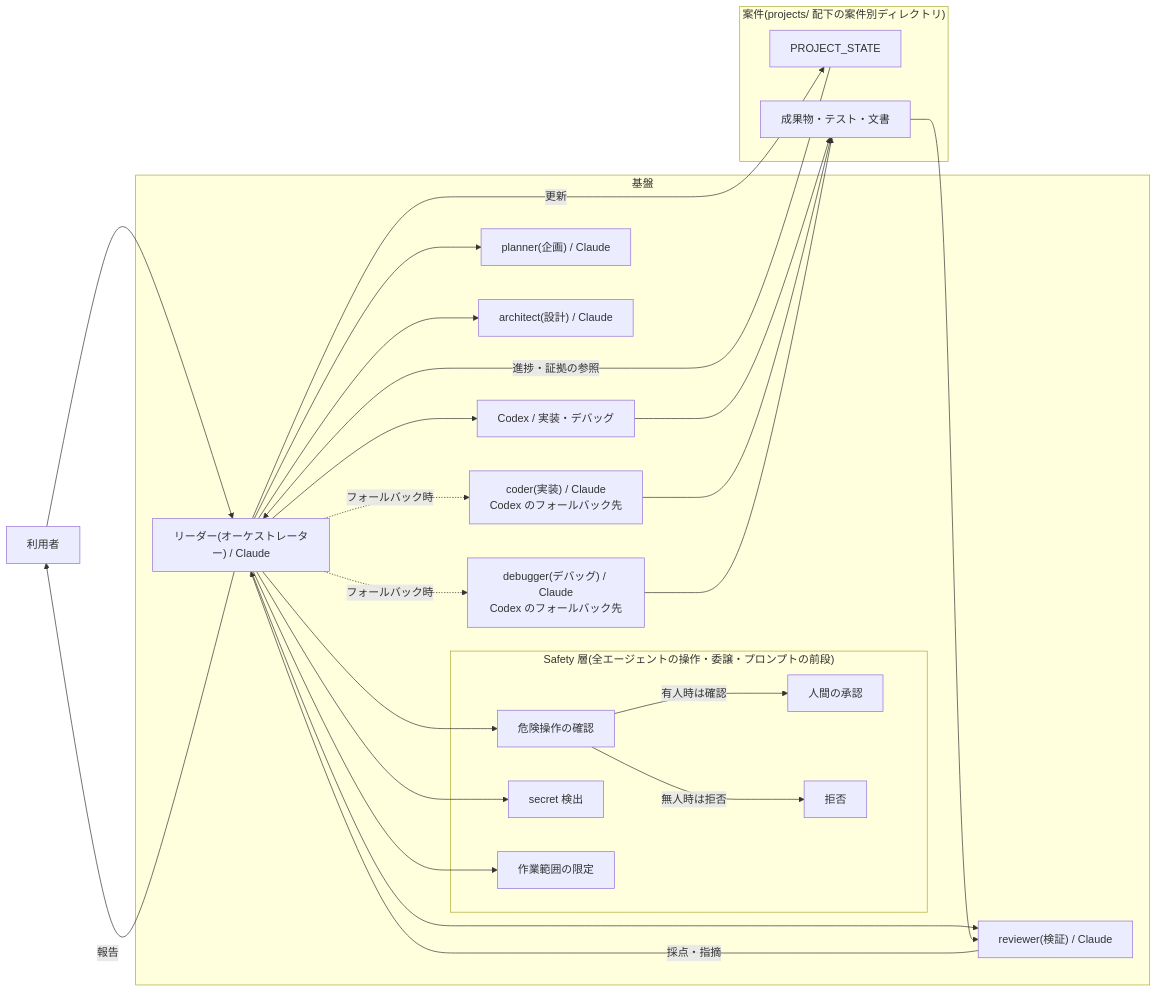
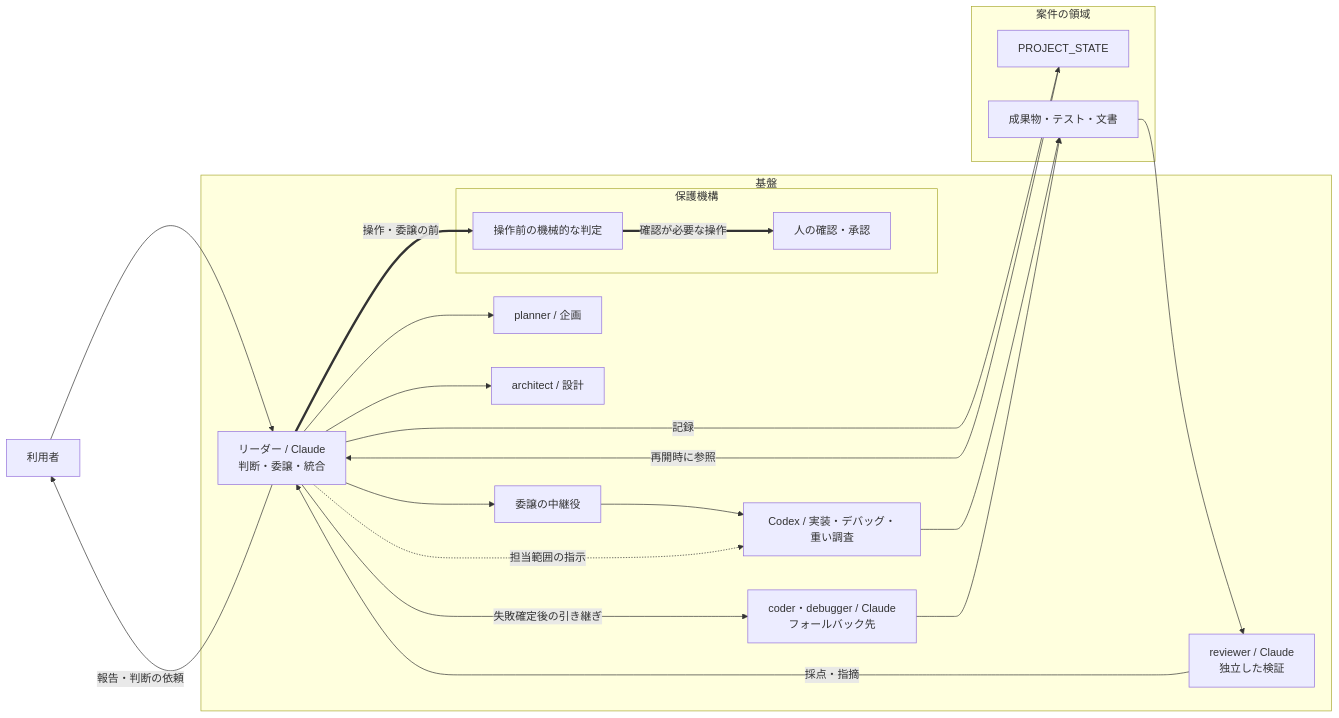
One commit to satellite1105/dev-factory-showcase changed the first of 3 diagrams in docs/architecture.md. Above: the diagram before and after it, drawn with Mermaid. The commit also changed other lines of this file and 12 other files, not shown here.

````diff
--- a/docs/architecture.md
+++ b/docs/architecture.md
@@ -13,43 +13,36 @@
 ```mermaid
 flowchart LR
     USER["利用者"] --> LEADER
     subgraph FACTORY["基盤"]
-        LEADER["リーダー(オーケストレーター) / Claude"]
-        PLANNER["planner(企画) / Claude"]
-        ARCHITECT["architect(設計) / Claude"]
-        REVIEWER["reviewer(検証) / Claude"]
-        CODEX["Codex / 実装・デバッグ"]
-        CODER["coder(実装) / Claude<br/>Codex のフォールバック先"]
-        DEBUGGER["debugger(デバッグ) / Claude<br/>Codex のフォールバック先"]
-        LEADER --> PLANNER
-        LEADER --> ARCHITECT
-        LEADER --> REVIEWER
-        LEADER --> CODEX
-        LEADER -.->|"フォールバック時"| CODER
-        LEADER -.->|"フォールバック時"| DEBUGGER
-        REVIEWER -->|"採点・指摘"| LEADER
-        subgraph SAFE["Safety 層(全エージェントの操作・委譲・プロンプトの前段)"]
-            CHECK["危険操作の確認"]
-            SECRET["secret 検出"]
-            SCOPE["作業範囲の限定"]
-            APPROVAL["人間の承認"]
-            REJECT["拒否"]
-            CHECK -->|"有人時は確認"| APPROVAL
-            CHECK -->|"無人時は拒否"| REJECT
+        LEADER["リーダー / Claude<br/>判断・委譲・統合"]
+        PLANNER["planner / 企画"]
+        ARCHITECT["architect / 設計"]
+        RELAY["委譲の中継役"]
+        CODEX["Codex / 実装・デバッグ・重い調査"]
+        FB["coder・debugger / Claude<br/>フォールバック先"]
+        REVIEWER["reviewer / Claude<br/>独立した検証"]
+        subgraph GUARD["保護機構"]
+            CHECK["操作前の機械的な判定"]
+            HUMAN["人の確認・承認"]
         end
-        LEADER --> CHECK
-        LEADER --> SECRET
-        LEADER --> SCOPE
     end
-    subgraph PROJ["案件(projects/ 配下の案件別ディレクトリ)"]
+    subgraph PROJ["案件の領域"]
         STATE["PROJECT_STATE"]
         OUTPUT["成果物・テスト・文書"]
     end
-    LEADER -->|"更新"| STATE
-    STATE -->|"進捗・証拠の参照"| LEADER
+    LEADER --> PLANNER
+    LEADER --> ARCHITECT
+    LEADER --> RELAY
+    RELAY --> CODEX
+    LEADER -.->|"担当範囲の指示"| CODEX
+    LEADER -->|"失敗確定後の引き継ぎ"| FB
     CODEX --> OUTPUT
-    CODER --> OUTPUT
-    DEBUGGER --> OUTPUT
+    FB --> OUTPUT
     OUTPUT --> REVIEWER
-    LEADER -->|"報告"| USER
+    REVIEWER -->|"採点・指摘"| LEADER
+    LEADER -->|"記録"| STATE
+    STATE -->|"再開時に参照"| LEADER
+    LEADER ==>|"操作・委譲の前"| CHECK
+    CHECK ==>|"確認が必要な操作"| HUMAN
+    LEADER -->|"報告・判断の依頼"| USER
 ```
````
